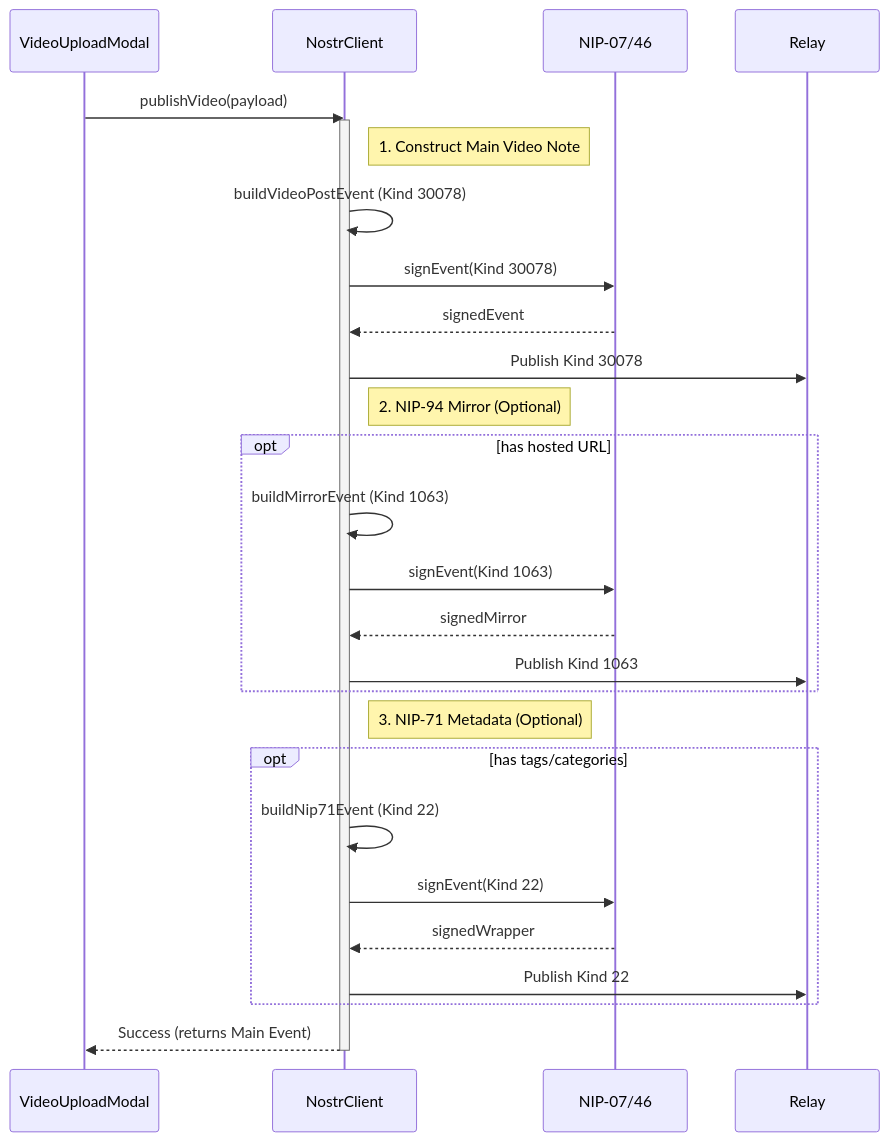
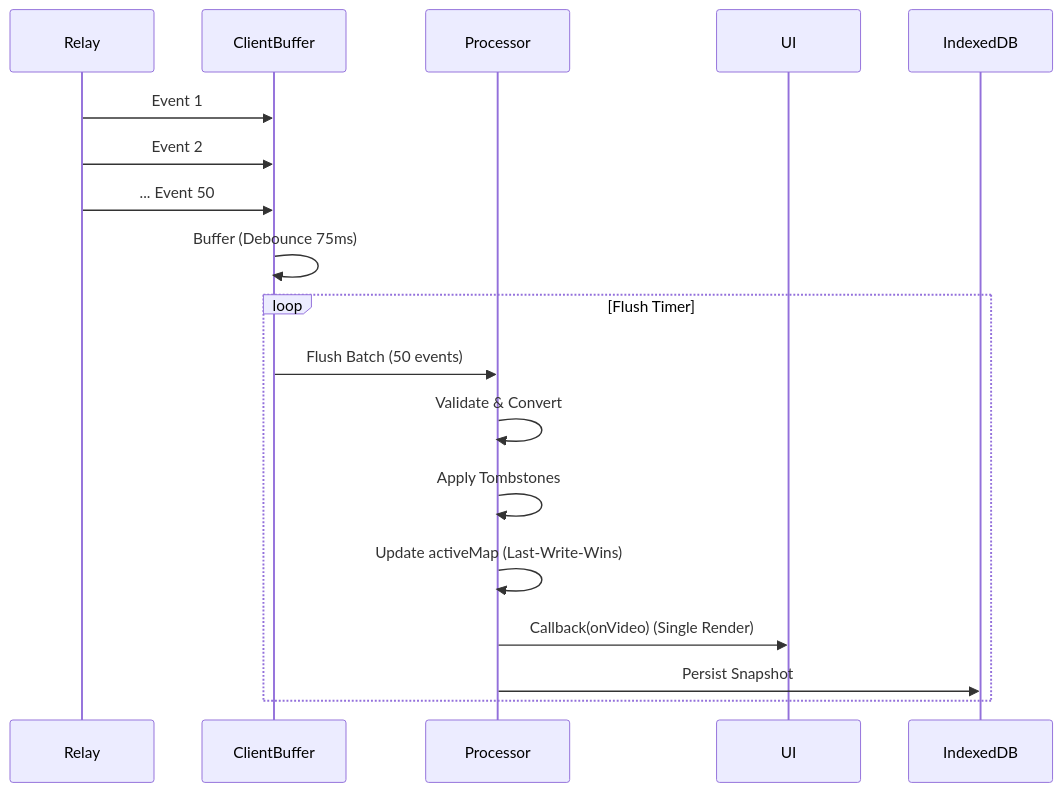
Before and after one commit to PR0M3TH3AN/bitvid: the diagram in docs/nostr-client-overview.md, drawn with Mermaid. The commit also changed other lines of this file and 1 other file, not shown here.

Commit message:
chore(ai): doc js/nostr/client.js (agent)

````diff
--- a/docs/nostr-client-overview.md
+++ b/docs/nostr-client-overview.md
@@ -150,35 +50,21 @@
 ```mermaid
 sequenceDiagram
-    participant UI as VideoUploadModal
-    participant Client as NostrClient
-    participant Signer as NIP-07/46
     participant Relay
+    participant ClientBuffer
+    participant Processor
+    participant UI
 
-    UI->>Client: publishVideo(payload)
-    activate Client
+    Relay->>ClientBuffer: Event 1
+    Relay->>ClientBuffer: Event 2
+    Relay->>ClientBuffer: ... Event 50
+    ClientBuffer->>ClientBuffer: Buffer (Debounce 75ms)
 
-    Note right of Client: 1. Construct Main Video Note
-    Client->>Client: buildVideoPostEvent (Kind 30078)
-    Client->>Signer: signEvent(Kind 30078)
-    Signer-->>Client: signedEvent
-    Client->>Relay: Publish Kind 30078
-
-    Note right of Client: 2. NIP-94 Mirror (Optional)
-    opt has hosted URL
-        Client->>Client: buildMirrorEvent (Kind 1063)
-        Client->>Signer: signEvent(Kind 1063)
-        Signer-->>Client: signedMirror
-        Client->>Relay: Publish Kind 1063
+    loop Flush Timer
+        ClientBuffer->>Processor: Flush Batch (50 events)
+        Processor->>Processor: Validate & Convert
+        Processor->>Processor: Apply Tombstones
+        Processor->>Processor: Update activeMap (Last-Write-Wins)
+        Processor->>UI: Callback(onVideo) (Single Render)
+        Processor->>IndexedDB: Persist Snapshot
     end
-
-    Note right of Client: 3. NIP-71 Metadata (Optional)
-    opt has tags/categories
-        Client->>Client: buildNip71Event (Kind 22)
-        Client->>Signer: signEvent(Kind 22)
-        Signer-->>Client: signedWrapper
-        Client->>Relay: Publish Kind 22
-    end
-
-    Client-->>UI: Success (returns Main Event)
-    deactivate Client
 ```
````
